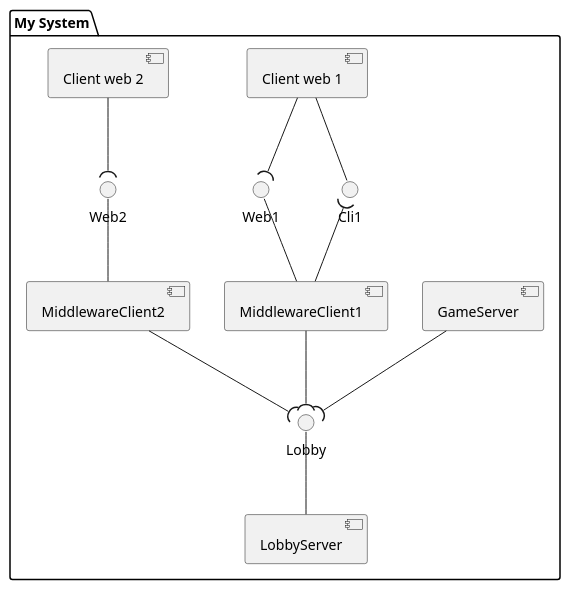
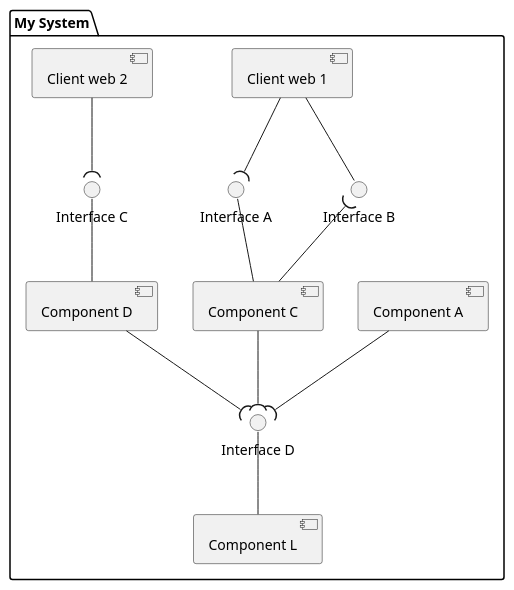
Before and after one commit to sybarry/Trivial_Pursuit_CL: the diagram in trivial-doc/modules/developement/examples/dc-global.puml, drawn with PlantUML.

Commit message:
Anonymize component names

```diff
--- a/trivial-doc/modules/developement/examples/dc-global.puml
+++ b/trivial-doc/modules/developement/examples/dc-global.puml
@@ -1,35 +1,33 @@
 @startuml
 
 package "My System" {
-interface Web1
-interface Cli1
-interface Web2
-interface Lobby
+interface "Interface A" as Web1
+interface "Interface B" as Cli1
+interface "Interface C" as Web2
+interface "Interface D" as Lobby
 
-[GameServer]
-
-[LobbyServer]
-
-[MiddlewareClient1]
-[MiddlewareClient2]
+component "Component A" as GameServer
+component "Component L" as LobbyServer
+component "Component C" as MiddlewareClient1
+component "Component D" as MiddlewareClient2
 
 [Client web 1]
 [Client web 2]
 }
 
 
 [LobbyServer] -up-() Lobby
 
 [GameServer] --( Lobby
 MiddlewareClient1 --( Lobby
 MiddlewareClient2 --( Lobby
 
 [Client web 1] --() Cli1
 Cli1 )-- [MiddlewareClient1]
 
 [Client web 2] --( Web2
 [MiddlewareClient2] -up-() Web2
 
 [Client web 1] --( Web1
 [MiddlewareClient1] -up-() Web1
 @enduml
```
